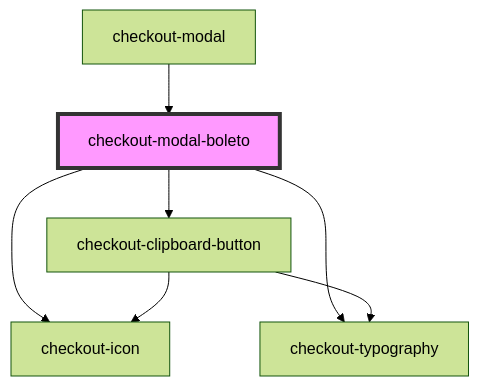
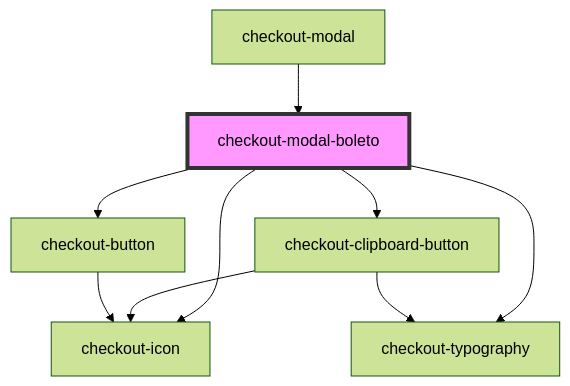
Before and after one commit to plughacker/malga-checkout: the diagram in packages/common/src/components/checkout-modal/partials/checkout-modal-boleto/readme.md, drawn with Mermaid (forest theme). The commit also changed other lines of this file and 41 other files, not shown here.

````diff
--- a/packages/common/src/components/checkout-modal/partials/checkout-modal-boleto/readme.md
+++ b/packages/common/src/components/checkout-modal/partials/checkout-modal-boleto/readme.md
@@ -31,10 +40,12 @@
 ```mermaid
 graph TD;
   checkout-modal-boleto --> checkout-icon
   checkout-modal-boleto --> checkout-typography
   checkout-modal-boleto --> checkout-clipboard-button
+  checkout-modal-boleto --> checkout-button
   checkout-clipboard-button --> checkout-icon
   checkout-clipboard-button --> checkout-typography
+  checkout-button --> checkout-icon
   checkout-modal --> checkout-modal-boleto
   style checkout-modal-boleto fill:#f9f,stroke:#333,stroke-width:4px
 ```
````
